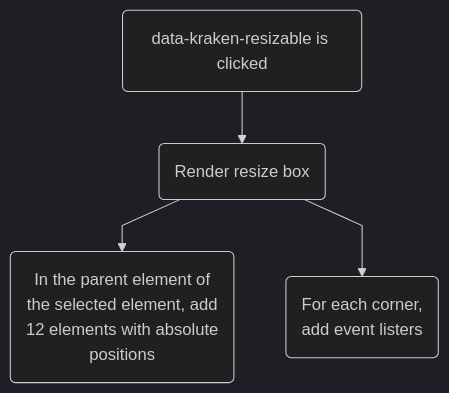
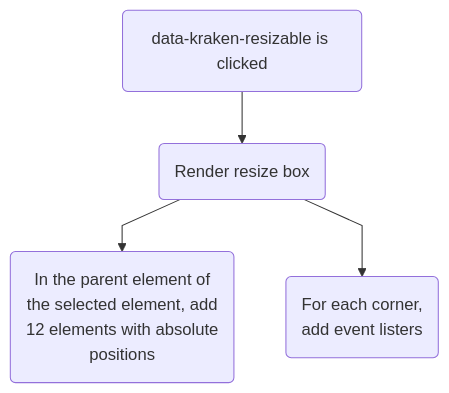
One commit to tomgxz/Kraken changed the fifth of 20 diagrams in README.md. Above: the diagram before and after it, drawn with Mermaid. The commit also changed other lines of this file, not shown here.

Commit message:
Light theme diagrams

````diff
--- a/README.md
+++ b/README.md
@@ -674,6 +681,7 @@
   ```mermaid
   %%{init: {'theme':'dark', 'flowchart': {'curve': 'linear'},'themeVariables':{'fontFamily':'Lexend,Noto Sans,Helvetica,Arial'}}}%%
+  %%{init: {'theme':'light', 'flowchart': {'curve': 'linear'},'themeVariables':{'fontFamily':'Lexend,Noto Sans,Helvetica,Arial'}}}%%
 
   graph TD
     A(data-kraken-resizable is clicked) --> B(Render resize box) --> a("In the parent element of\n the selected element, add\n 12 elements with absolute\n positions") & C("For each corner,\n add event listers")
   ```
````
